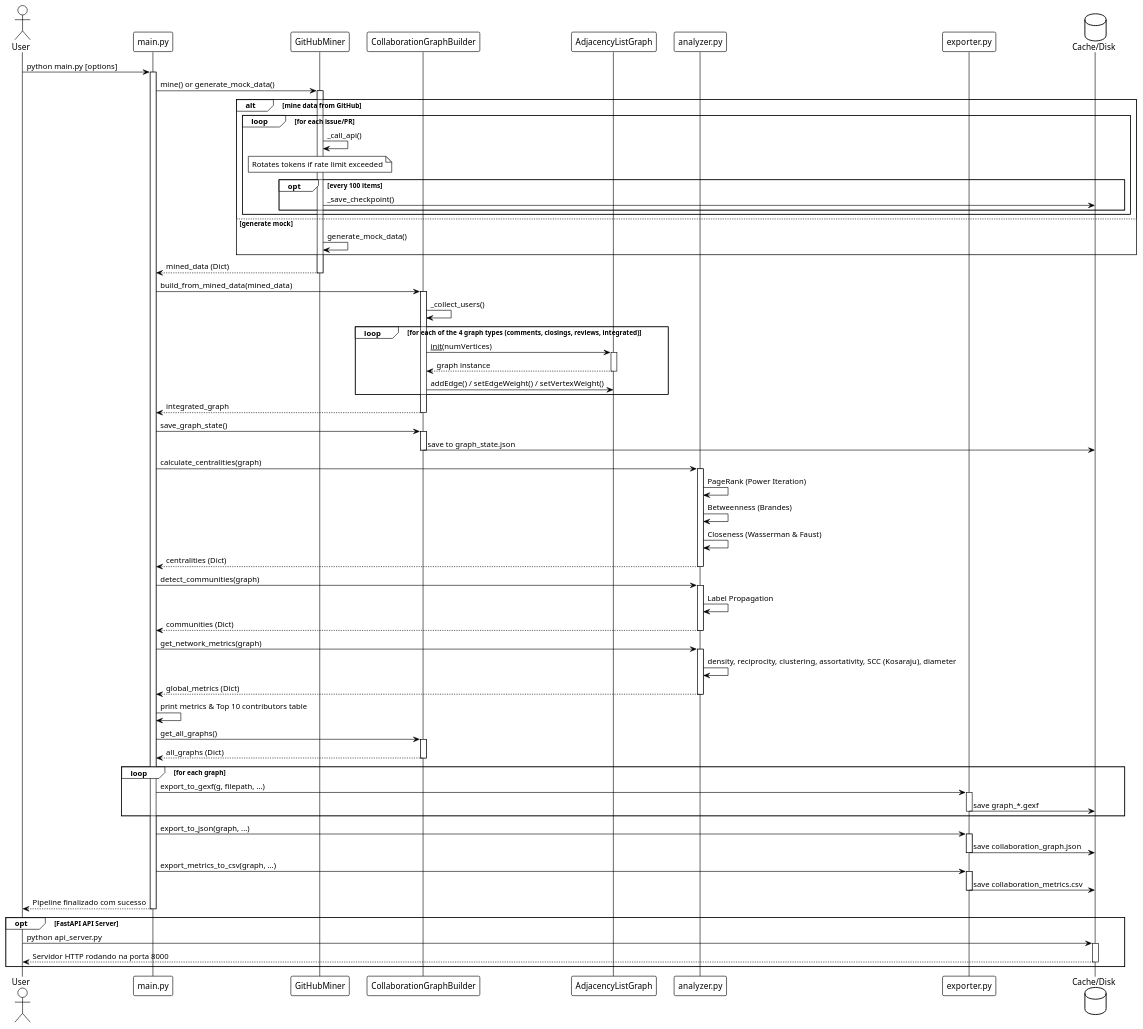
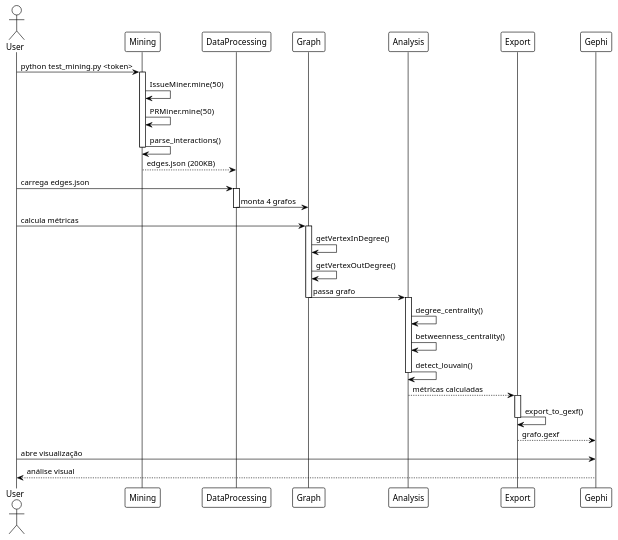
Before and after one commit to bernardocdm/plane-graph-analysis: the diagram in docs/flow-diagram.puml, drawn with PlantUML. The commit also changed 3 other files, not shown here.

```diff
--- a/docs/flow-diagram.puml
+++ b/docs/flow-diagram.puml
@@ -1,103 +1,46 @@
 @startuml FlowDiagram
 !theme plain
 
 actor User
-participant Main as "main.py"
-participant Miner as "GitHubMiner"
-participant Builder as "CollaborationGraphBuilder"
-participant Graph as "AdjacencyListGraph"
-participant Analyzer as "analyzer.py"
-participant Exporter as "exporter.py"
-database "Cache/Disk" as DB
+participant Mining
+participant DataProcessing
+participant Graph
+participant Analysis
+participant Export
+participant Gephi
 
-User -> Main: python main.py [options]
-activate Main
+User -> Mining: python test_mining.py <token>
+activate Mining
+Mining -> Mining: IssueMiner.mine(50)
+Mining -> Mining: PRMiner.mine(50)
+Mining -> Mining: parse_interactions()
+deactivate Mining
+Mining --> DataProcessing: edges.json (200KB)
 
-Main -> Miner: mine() or generate_mock_data()
-activate Miner
-alt mine data from GitHub
-    loop for each issue/PR
-        Miner -> Miner: _call_api()
-        note over Miner: Rotates tokens if rate limit exceeded
-        opt every 100 items
-            Miner -> DB: _save_checkpoint()
-        end
-    end
-else generate mock
-    Miner -> Miner: generate_mock_data()
-end
-Miner --> Main: mined_data (Dict)
-deactivate Miner
+User -> DataProcessing: carrega edges.json
+activate DataProcessing
+DataProcessing -> Graph: monta 4 grafos
+deactivate DataProcessing
 
-Main -> Builder: build_from_mined_data(mined_data)
-activate Builder
-Builder -> Builder: _collect_users()
-loop for each of the 4 graph types (comments, closings, reviews, integrated)
-    Builder -> Graph: __init__(numVertices)
-    activate Graph
-    Graph --> Builder: graph instance
-    deactivate Graph
-    Builder -> Graph: addEdge() / setEdgeWeight() / setVertexWeight()
-end
-Builder --> Main: integrated_graph
-deactivate Builder
+User -> Graph: calcula métricas
+activate Graph
+Graph -> Graph: getVertexInDegree()
+Graph -> Graph: getVertexOutDegree()
+Graph -> Analysis: passa grafo
+deactivate Graph
 
-Main -> Builder: save_graph_state()
-activate Builder
-Builder -> DB: save to graph_state.json
-deactivate Builder
+activate Analysis
+Analysis -> Analysis: degree_centrality()
+Analysis -> Analysis: betweenness_centrality()
+Analysis -> Analysis: detect_louvain()
+deactivate Analysis
+Analysis --> Export: métricas calculadas
 
-Main -> Analyzer: calculate_centralities(graph)
-activate Analyzer
-Analyzer -> Analyzer: PageRank (Power Iteration)
-Analyzer -> Analyzer: Betweenness (Brandes)
-Analyzer -> Analyzer: Closeness (Wasserman & Faust)
-Analyzer --> Main: centralities (Dict)
-deactivate Analyzer
+activate Export
+Export -> Export: export_to_gexf()
+deactivate Export
+Export --> Gephi: grafo.gexf
 
-Main -> Analyzer: detect_communities(graph)
-activate Analyzer
-Analyzer -> Analyzer: Label Propagation
-Analyzer --> Main: communities (Dict)
-deactivate Analyzer
-
-Main -> Analyzer: get_network_metrics(graph)
-activate Analyzer
-Analyzer -> Analyzer: density, reciprocity, clustering, assortativity, SCC (Kosaraju), diameter
-Analyzer --> Main: global_metrics (Dict)
-deactivate Analyzer
-
-Main -> Main: print metrics & Top 10 contributors table
-
-Main -> Builder: get_all_graphs()
-activate Builder
-Builder --> Main: all_graphs (Dict)
-deactivate Builder
-
-loop for each graph
-    Main -> Exporter: export_to_gexf(g, filepath, ...)
-    activate Exporter
-    Exporter -> DB: save graph_*.gexf
-    deactivate Exporter
-end
-
-Main -> Exporter: export_to_json(graph, ...)
-activate Exporter
-Exporter -> DB: save collaboration_graph.json
-deactivate Exporter
-
-Main -> Exporter: export_metrics_to_csv(graph, ...)
-activate Exporter
-Exporter -> DB: save collaboration_metrics.csv
-deactivate Exporter
-
-Main --> User: Pipeline finalizado com sucesso
-deactivate Main
-
-opt FastAPI API Server
-    User -> DB: python api_server.py
-    activate DB
-    DB --> User: Servidor HTTP rodando na porta 8000
-    deactivate DB
-end
+User -> Gephi: abre visualização
+Gephi --> User: análise visual
 @enduml
```
